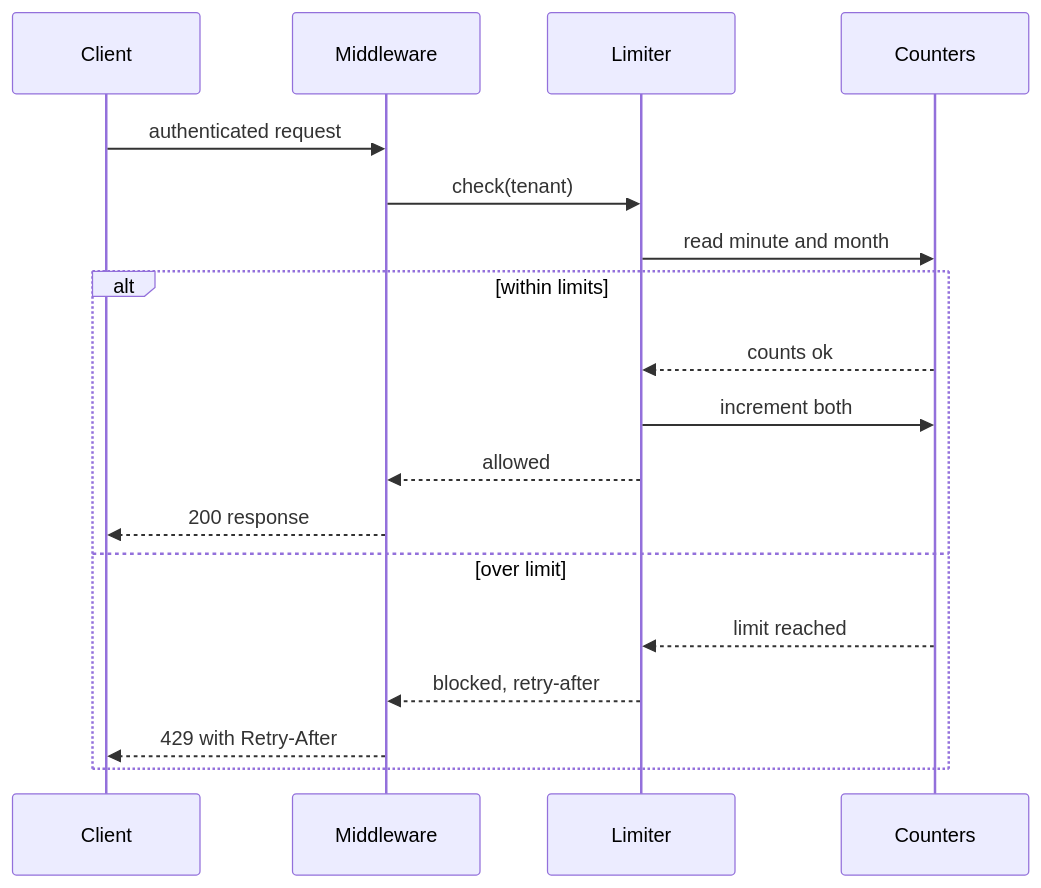
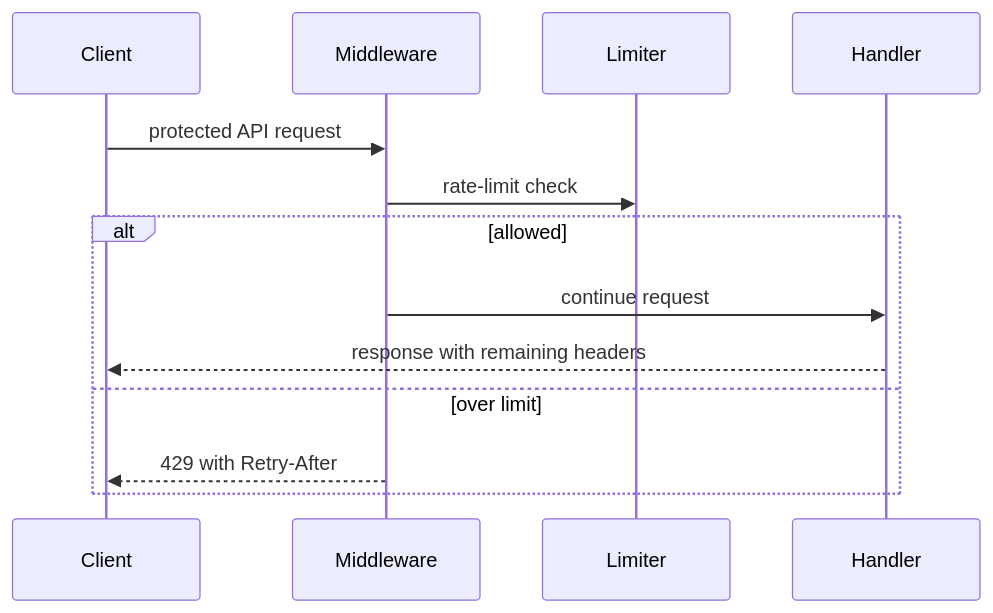
Before and after one commit to d0whc3r/spec-kit-product: the fourth of 5 diagrams in examples/specs/001-tenant-rate-limiting/product/30-design.md, drawn with Mermaid. The commit also changed other lines of this file and 5 other files, not shown here.

First line of the commit message:
Refactor technical design and checklist for Per-Tenant API Rate Limiting feature

````diff
--- a/examples/specs/001-tenant-rate-limiting/product/30-design.md
+++ b/examples/specs/001-tenant-rate-limiting/product/30-design.md
@@ -210,20 +231,15 @@
 ```mermaid
 sequenceDiagram
     participant Client
     participant Middleware
     participant Limiter
-    participant Counters
-    Client->>Middleware: authenticated request
-    Middleware->>Limiter: check(tenant)
-    Limiter->>Counters: read minute and month
-    alt within limits
-        Counters-->>Limiter: counts ok
-        Limiter->>Counters: increment both
-        Limiter-->>Middleware: allowed
-        Middleware-->>Client: 200 response
+    participant Handler
+    Client->>Middleware: protected API request
+    Middleware->>Limiter: rate-limit check
+    alt allowed
+        Middleware->>Handler: continue request
+        Handler-->>Client: response with remaining headers
     else over limit
-        Counters-->>Limiter: limit reached
-        Limiter-->>Middleware: blocked, retry-after
         Middleware-->>Client: 429 with Retry-After
     end
 ```
````
